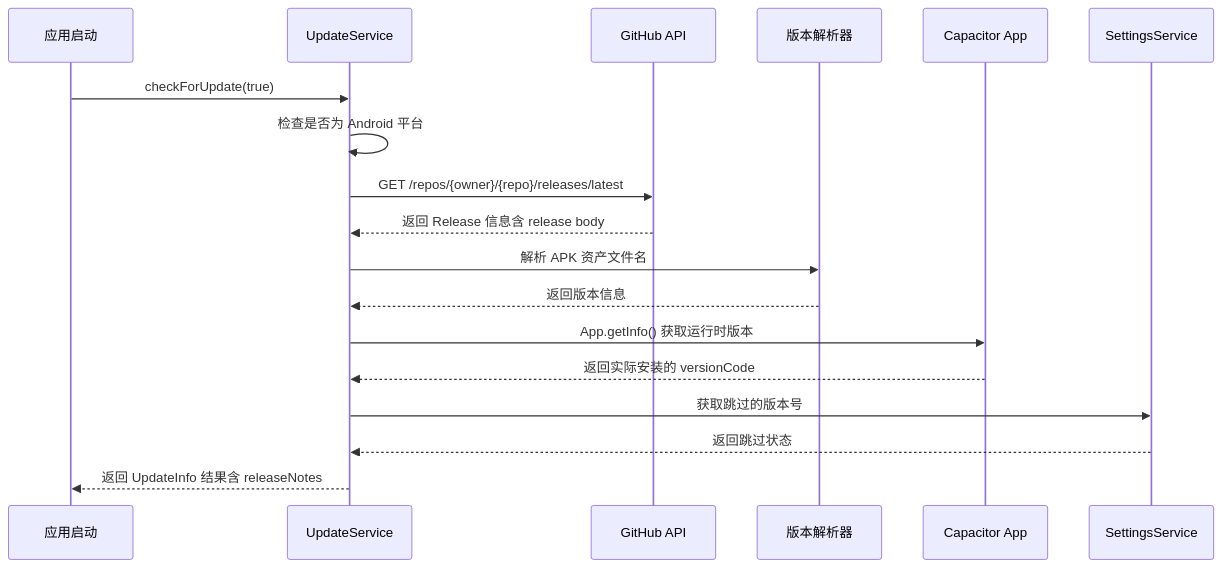
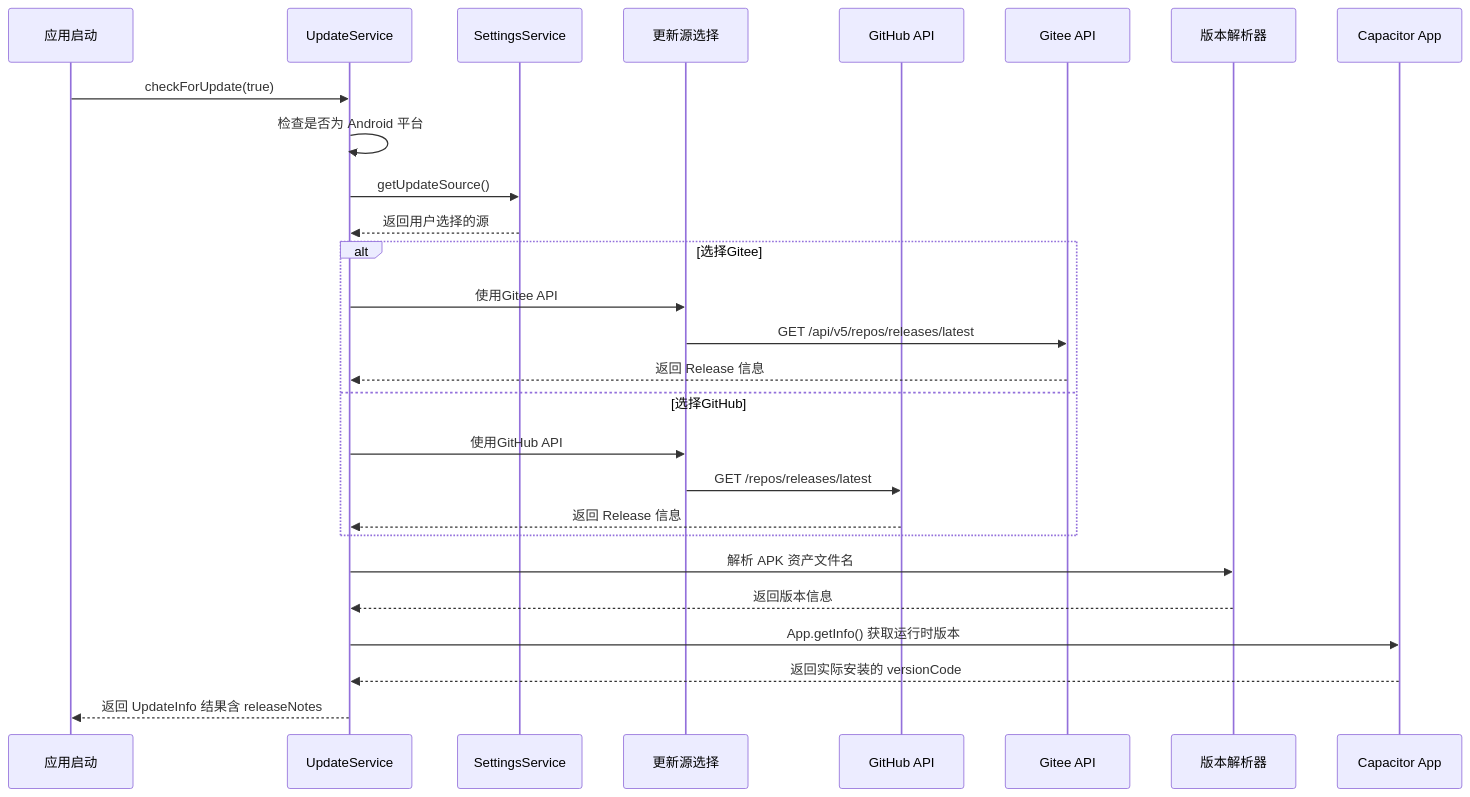
The third of 7 diagrams in .qoder/repowiki/zh/content/核心功能模块/应用程序更新系统.md (tea4go/Macro-Deck-Client-App), drawn with Mermaid before and after one commit. The commit also changed other lines of this file and 47 other files, not shown here.

````diff
--- a/.qoder/repowiki/zh/content/核心功能模块/应用程序更新系统.md
+++ b/.qoder/repowiki/zh/content/核心功能模块/应用程序更新系统.md
@@ -220,20 +251,29 @@
 ```mermaid
 sequenceDiagram
 participant App as 应用启动
 participant Update as UpdateService
+participant Settings as SettingsService
+participant Source as 更新源选择
 participant GitHub as GitHub API
+participant Gitee as Gitee API
 participant Parser as 版本解析器
 participant Capacitor as Capacitor App
-participant Settings as SettingsService
 App->>Update : checkForUpdate(true)
 Update->>Update : 检查是否为 Android 平台
-Update->>GitHub : GET /repos/{owner}/{repo}/releases/latest
-GitHub-->>Update : 返回 Release 信息含 release body
+Update->>Settings : getUpdateSource()
+Settings-->>Update : 返回用户选择的源
+alt 选择Gitee
+Update->>Source : 使用Gitee API
+Source->>Gitee : GET /api/v5/repos/releases/latest
+Gitee-->>Update : 返回 Release 信息
+else 选择GitHub
+Update->>Source : 使用GitHub API
+Source->>GitHub : GET /repos/releases/latest
+GitHub-->>Update : 返回 Release 信息
+end
 Update->>Parser : 解析 APK 资产文件名
 Parser-->>Update : 返回版本信息
 Update->>Capacitor : App.getInfo() 获取运行时版本
 Capacitor-->>Update : 返回实际安装的 versionCode
-Update->>Settings : 获取跳过的版本号
-Settings-->>Update : 返回跳过状态
 Update-->>App : 返回 UpdateInfo 结果含 releaseNotes
 ```
````
